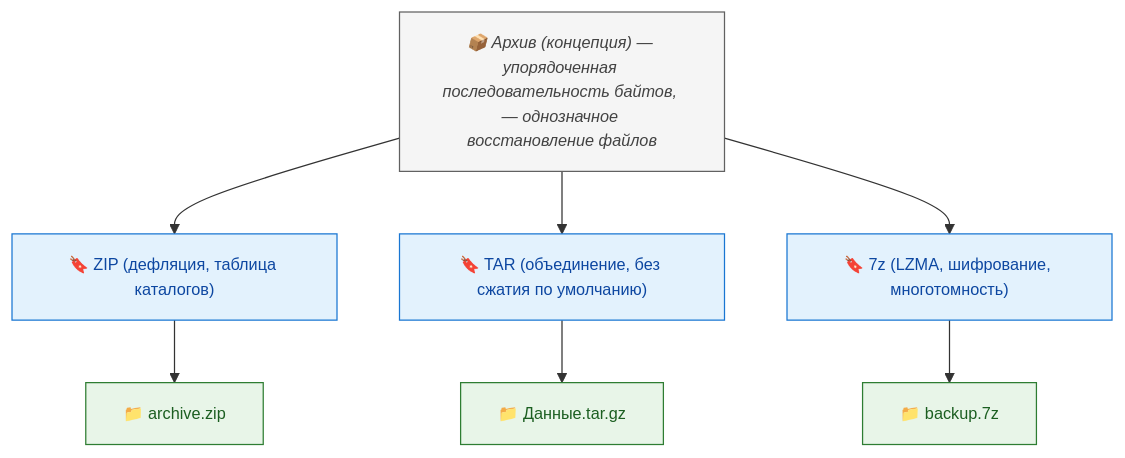
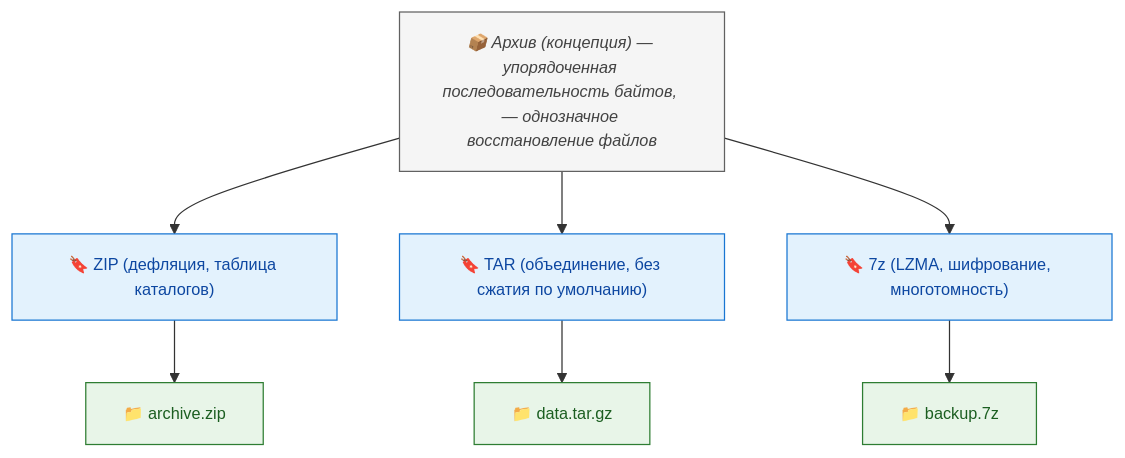
Before and after one commit to Spirzen/it-knowledge-base: the first of 5 diagrams in docs/encyclopedia/1-basics/1-20-ispolnyaemye-fayly-i-arhivy/2.md, drawn with Mermaid. The commit also changed other lines of this file and 1482 other files, not shown here.

````diff
--- a/docs/encyclopedia/1-basics/1-20-ispolnyaemye-fayly-i-arhivy/2.md
+++ b/docs/encyclopedia/1-basics/1-20-ispolnyaemye-fayly-i-arhivy/2.md
@@ -34,31 +38,31 @@
 ```mermaid
 %%{init: {
   "theme": "default",
   "themeVariables": {
     "fontSize": "13px",
     "fontFamily": "Segoe UI, Tahoma, sans-serif"
   }
 }}%%
 flowchart TD
     classDef concept   fill:#f5f5f5,stroke:#616161,color:#424242,font-style:italic;
     classDef format    fill:#e3f2fd,stroke:#1976d2,color:#0d47a1;
     classDef file      fill:#e8f5e8,stroke:#2e7d32,color:#1b5e20;
 
     A["📦 Архив (концепция) — упорядоченная последовательность байтов, — однозначное восстановление файлов"]:::concept
 
     ZIP["🔖 ZIP (дефляция, таблица каталогов)"]:::format
     TAR["🔖 TAR (объединение, без сжатия по умолчанию)"]:::format
     SEV["🔖 7z (LZMA, шифрование, многотомность)"]:::format
 
     F1["📁 archive.zip"]:::file
-    F2["📁 Данные.tar.gz"]:::file
+    F2["📁 data.tar.gz"]:::file
     F3["📁 backup.7z"]:::file
 
     A --> ZIP
     A --> TAR
     A --> SEV
 
     ZIP --> F1
     TAR --> F2
     SEV --> F3
 ```
````
